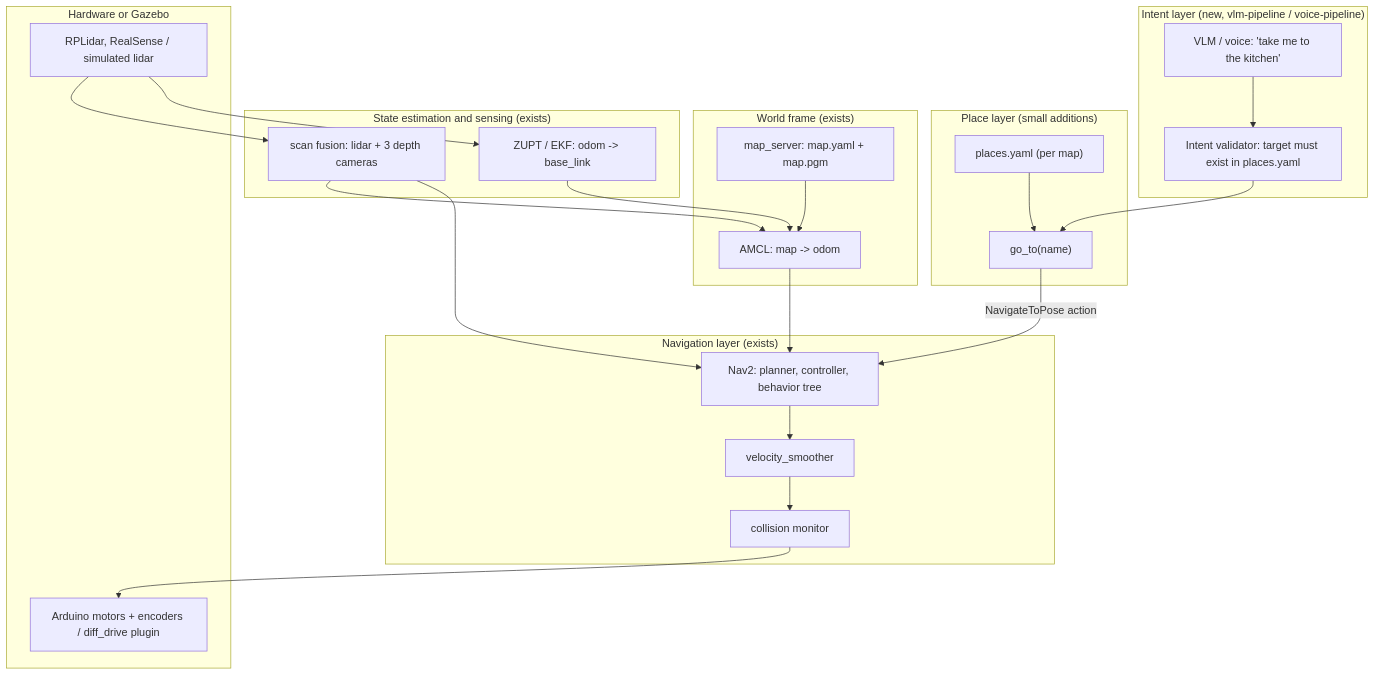
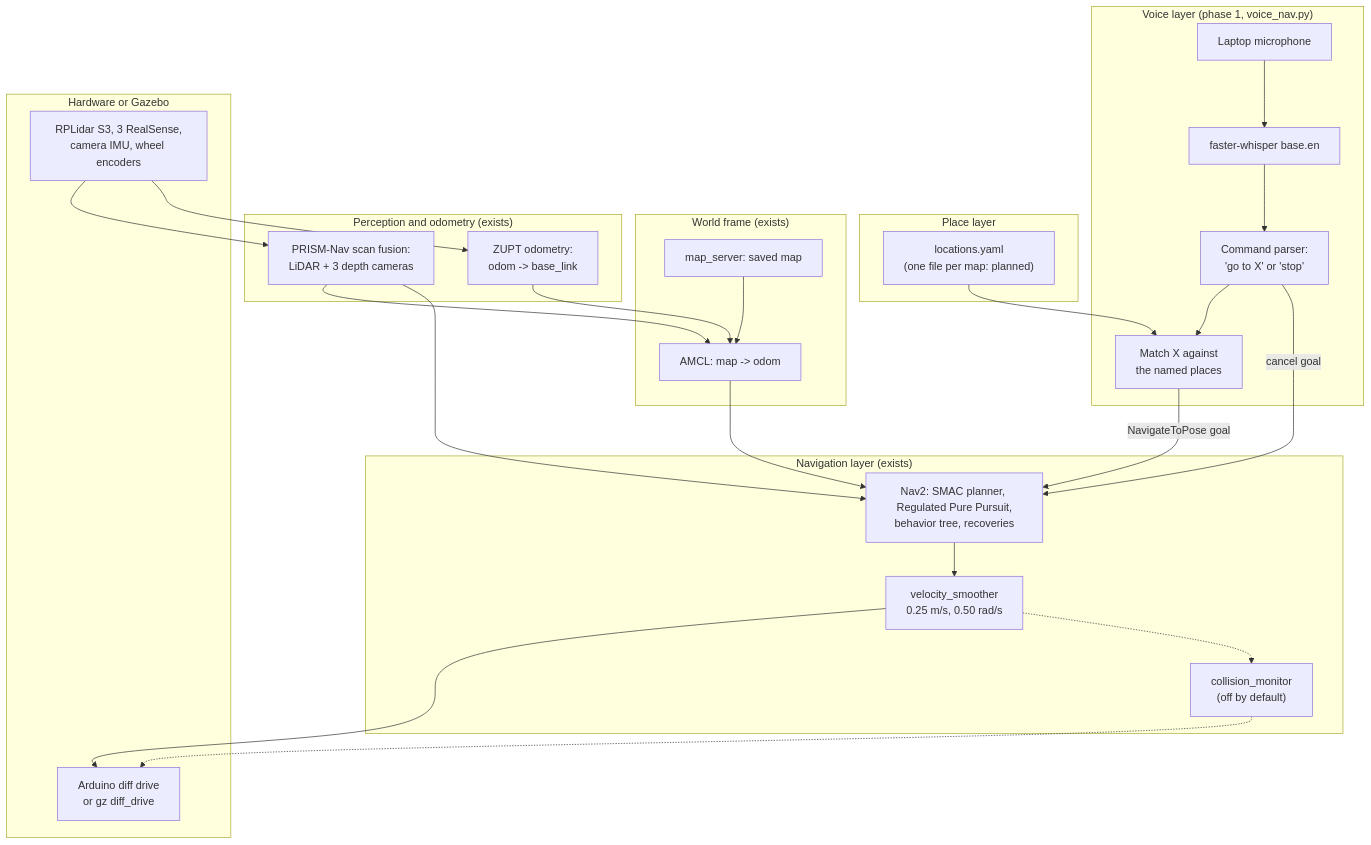
The first of 8 diagrams in docs/architecture.md (Aryan1092raj/Design-Practium), drawn with Mermaid before and after one commit. The commit also changed other lines of this file and 4 other files, not shown here.

Commit message:
Add voice navigation feature and update architecture documentation

````diff
--- a/docs/architecture.md
+++ b/docs/architecture.md
@@ -24,45 +29,46 @@
 ```mermaid
 flowchart TB
-    subgraph Intent["Intent layer (new, vlm-pipeline / voice-pipeline)"]
-        VLM["VLM / voice: 'take me to the kitchen'"]
-        VAL["Intent validator: target must exist in places.yaml"]
+    subgraph Voice["Voice layer (phase 1, voice_nav.py)"]
+        MIC["Laptop microphone"] --> STT["faster-whisper base.en"]
+        STT --> CMD["Command parser:<br/>'go to X' or 'stop'"]
+        CMD --> MATCH["Match X against<br/>the named places"]
     end
 
-    subgraph Places["Place layer (small additions)"]
-        PL["places.yaml (per map)"]
-        GOTO["go_to(name)"]
+    subgraph Places["Place layer"]
+        PL["locations.yaml<br/>(one file per map: planned)"]
     end
 
     subgraph Nav["Navigation layer (exists)"]
-        NAV2["Nav2: planner, controller, behavior tree"]
-        SMOOTH["velocity_smoother"]
-        SAFE["collision monitor"]
+        NAV2["Nav2: SMAC planner, Regulated Pure Pursuit,<br/>behavior tree, recoveries"]
+        SMOOTH["velocity_smoother<br/>0.25 m/s, 0.50 rad/s"]
+        SAFE["collision_monitor<br/>(off by default)"]
     end
 
     subgraph World["World frame (exists)"]
-        MAP["map_server: map.yaml + map.pgm"]
+        MAP["map_server: saved map"]
         AMCL["AMCL: map -> odom"]
     end
 
-    subgraph State["State estimation and sensing (exists)"]
-        EKF["ZUPT / EKF: odom -> base_link"]
-        FUSE["scan fusion: lidar + 3 depth cameras"]
+    subgraph State["Perception and odometry (exists)"]
+        PRISM["PRISM-Nav scan fusion:<br/>LiDAR + 3 depth cameras"]
+        ZUPT["ZUPT odometry:<br/>odom -> base_link"]
     end
 
     subgraph HW["Hardware or Gazebo"]
-        MOT["Arduino motors + encoders / diff_drive plugin"]
-        SENS["RPLidar, RealSense / simulated lidar"]
+        SENS["RPLidar S3, 3 RealSense,<br/>camera IMU, wheel encoders"]
+        MOT["Arduino diff drive<br/>or gz diff_drive"]
     end
 
-    VLM --> VAL --> GOTO
-    PL --> GOTO
-    GOTO -- "NavigateToPose action" --> NAV2
+    PL --> MATCH
+    MATCH -- "NavigateToPose goal" --> NAV2
+    CMD -- "cancel goal" --> NAV2
+    SENS --> PRISM
+    SENS --> ZUPT
+    PRISM --> AMCL
+    PRISM --> NAV2
     MAP --> AMCL
+    ZUPT --> AMCL
     AMCL --> NAV2
-    FUSE --> AMCL
-    FUSE --> NAV2
-    SENS --> FUSE
-    SENS --> EKF
-    EKF --> AMCL
-    NAV2 --> SMOOTH --> SAFE --> MOT
+    NAV2 --> SMOOTH --> MOT
+    SMOOTH -.-> SAFE -.-> MOT
 ```
````
